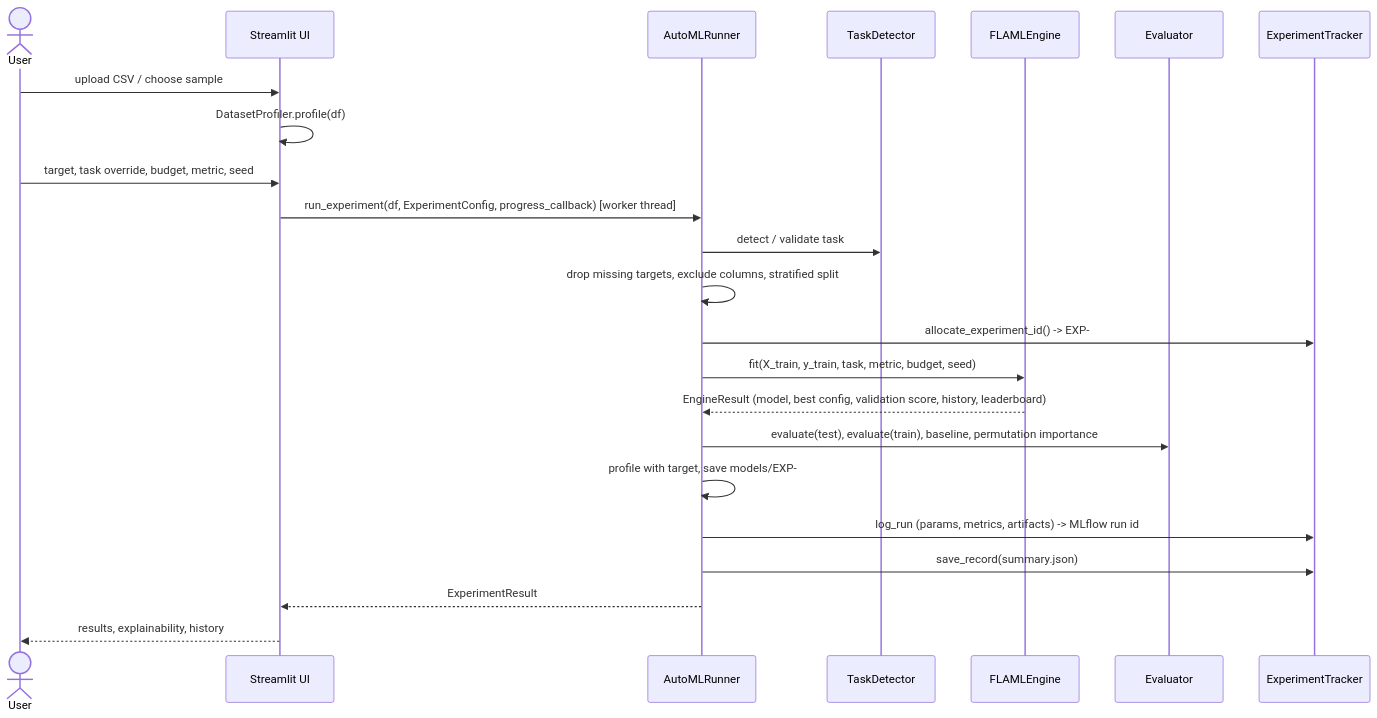
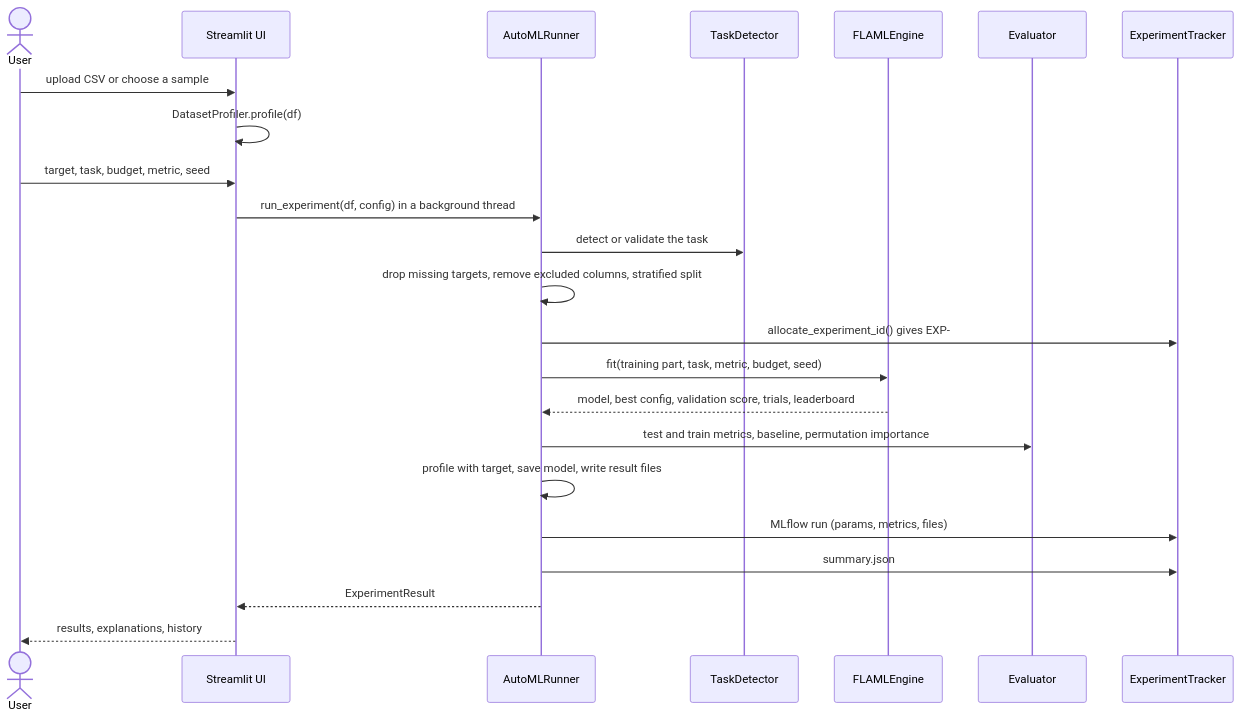
Before and after one commit to Priyanshukv06/autopilot-ml: the diagram in docs/architecture.md, drawn with Mermaid. The commit also changed other lines of this file and 5 other files, not shown here.

````diff
--- a/docs/architecture.md
+++ b/docs/architecture.md
@@ -48,26 +38,26 @@
 ```mermaid
 sequenceDiagram
     actor User
     participant UI as Streamlit UI
     participant Runner as AutoMLRunner
     participant Det as TaskDetector
     participant Eng as FLAMLEngine
     participant Eval as Evaluator
     participant Trk as ExperimentTracker
 
-    User->>UI: upload CSV / choose sample
+    User->>UI: upload CSV or choose a sample
     UI->>UI: DatasetProfiler.profile(df)
-    User->>UI: target, task override, budget, metric, seed
-    UI->>Runner: run_experiment(df, ExperimentConfig, progress_callback) [worker thread]
-    Runner->>Det: detect / validate task
-    Runner->>Runner: drop missing targets, exclude columns, stratified split
-    Runner->>Trk: allocate_experiment_id() -> EXP-###
-    Runner->>Eng: fit(X_train, y_train, task, metric, budget, seed)
-    Eng-->>Runner: EngineResult (model, best config, validation score, history, leaderboard)
-    Runner->>Eval: evaluate(test), evaluate(train), baseline, permutation importance
-    Runner->>Runner: profile with target, save models/EXP-###/model.pkl, write artifacts
-    Runner->>Trk: log_run (params, metrics, artifacts) -> MLflow run id
-    Runner->>Trk: save_record(summary.json)
+    User->>UI: target, task, budget, metric, seed
+    UI->>Runner: run_experiment(df, config) in a background thread
+    Runner->>Det: detect or validate the task
+    Runner->>Runner: drop missing targets, remove excluded columns, stratified split
+    Runner->>Trk: allocate_experiment_id() gives EXP-###
+    Runner->>Eng: fit(training part, task, metric, budget, seed)
+    Eng-->>Runner: model, best config, validation score, trials, leaderboard
+    Runner->>Eval: test and train metrics, baseline, permutation importance
+    Runner->>Runner: profile with target, save model, write result files
+    Runner->>Trk: MLflow run (params, metrics, files)
+    Runner->>Trk: summary.json
     Runner-->>UI: ExperimentResult
-    UI-->>User: results, explainability, history
+    UI-->>User: results, explanations, history
 ```
````
